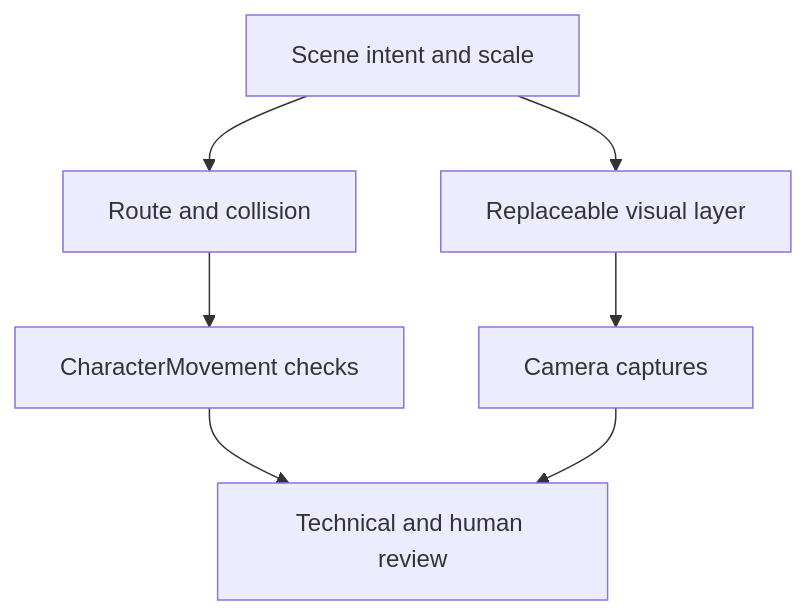
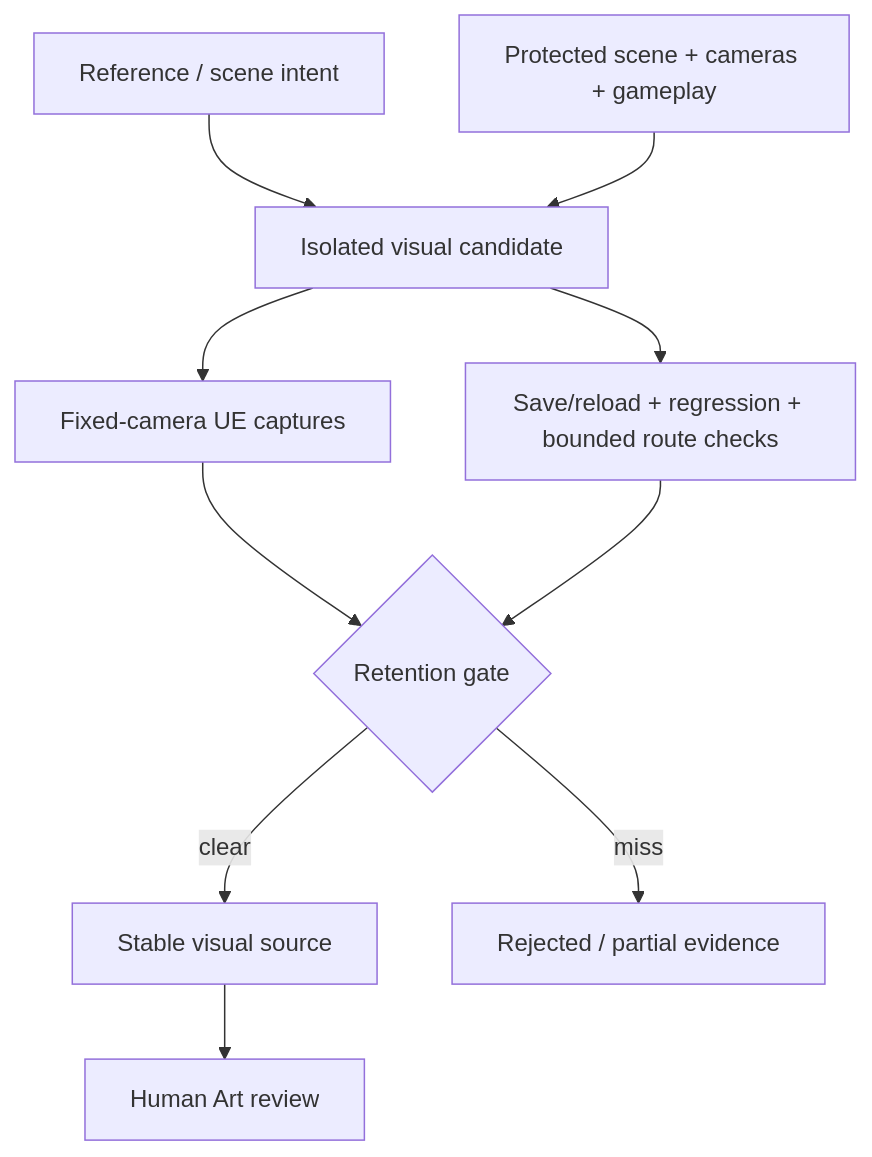
Before and after one commit to lilith-techart/Tidemark: the diagram in docs/technical-overview.md, drawn with Mermaid. The commit also changed other lines of this file and 4 other files, not shown here.

````diff
--- a/docs/technical-overview.md
+++ b/docs/technical-overview.md
@@ -7,9 +13,12 @@
 ```mermaid
 flowchart TD
-    Intent[Scene intent and scale] --> Gameplay[Route and collision]
-    Intent --> Visual[Replaceable visual layer]
-    Gameplay --> Traversal[CharacterMovement checks]
-    Visual --> Frames[Camera captures]
-    Traversal --> Review[Technical and human review]
-    Frames --> Review
+    Intent[Reference / scene intent] --> Candidate[Isolated visual candidate]
+    Protected[Protected scene + cameras + gameplay] --> Candidate
+    Candidate --> Frames[Fixed-camera UE captures]
+    Candidate --> Technical[Save/reload + regression + bounded route checks]
+    Frames --> Retain{Retention gate}
+    Technical --> Retain
+    Retain -->|clear| Stable[Stable visual source]
+    Retain -->|miss| History[Rejected / partial evidence]
+    Stable --> Human[Human Art review]
 ```
````
